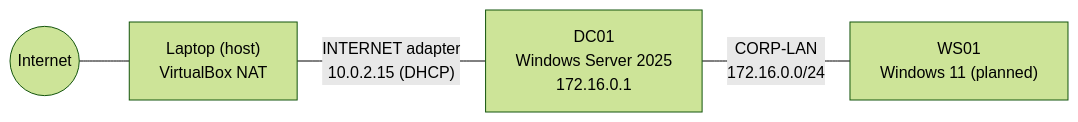
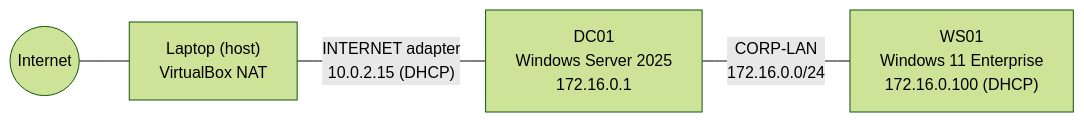
The diagram in README.md (mrmitchell-sudo/windows-ad-homelab), drawn with Mermaid (forest theme) before and after one commit. The commit also changed other lines of this file and 15 other files, not shown here.

````diff
--- a/README.md
+++ b/README.md
@@ -9,6 +9,6 @@
 ```mermaid
 flowchart LR
     NET((Internet)) --- HOST["Laptop (host)<br/>VirtualBox NAT"]
     HOST ---|"INTERNET adapter<br/>10.0.2.15 (DHCP)"| DC01["DC01<br/>Windows Server 2025<br/>172.16.0.1"]
-    DC01 ---|"CORP-LAN<br/>172.16.0.0/24"| WS01["WS01<br/>Windows 11 (planned)"]
+    DC01 ---|"CORP-LAN<br/>172.16.0.0/24"| WS01["WS01<br/>Windows 11 Enterprise<br/>172.16.0.100 (DHCP)"]
 ```
````
